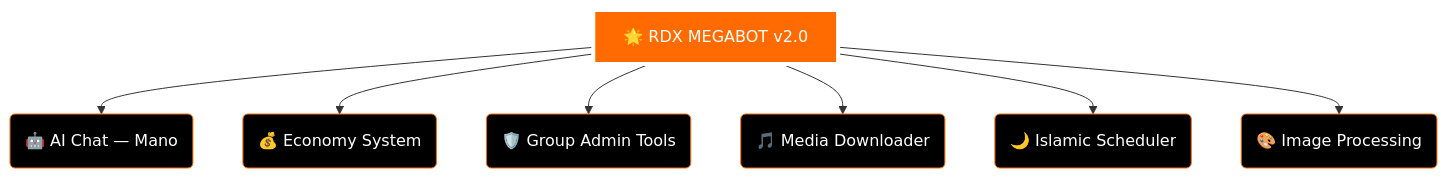
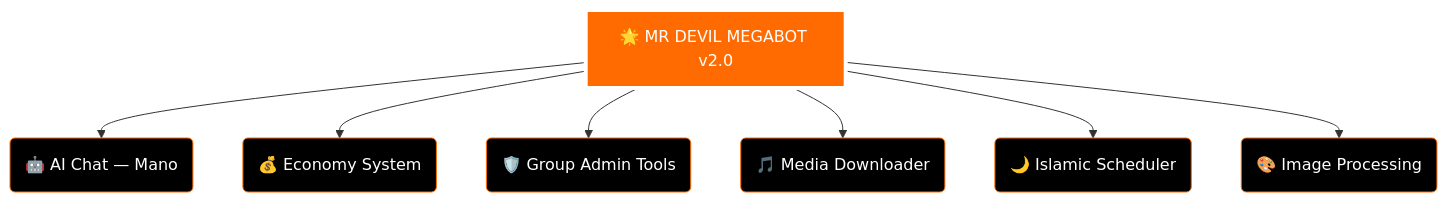
The diagram in README.md (MRDEVIL786143/MRDEVILBOT), drawn with Mermaid before and after one commit. The commit also changed other lines of this file and 3 other files, not shown here.

Commit message:
Replace all 'rdx' and 'RDX' references with 'MR DEVIL' throughout the repository

````diff
--- a/README.md
+++ b/README.md
@@ -62,17 +62,17 @@
 ```mermaid
 graph TD
-    A[🌟 RDX MEGABOT v2.0] --> B(🤖 AI Chat — Mano)
+    A[🌟 MR DEVIL MEGABOT v2.0] --> B(🤖 AI Chat — Mano)
     A --> C(💰 Economy System)
     A --> D(🛡️ Group Admin Tools)
     A --> E(🎵 Media Downloader)
     A --> F(🌙 Islamic Scheduler)
     A --> G(🎨 Image Processing)
 
     style A fill:#FF6B00,stroke:#fff,stroke-width:4px,color:#fff
     style B fill:#000,stroke:#FF6B00,color:#fff
     style C fill:#000,stroke:#FF6B00,color:#fff
     style D fill:#000,stroke:#FF6B00,color:#fff
     style E fill:#000,stroke:#FF6B00,color:#fff
     style F fill:#000,stroke:#FF6B00,color:#fff
     style G fill:#000,stroke:#FF6B00,color:#fff
 ```
````
